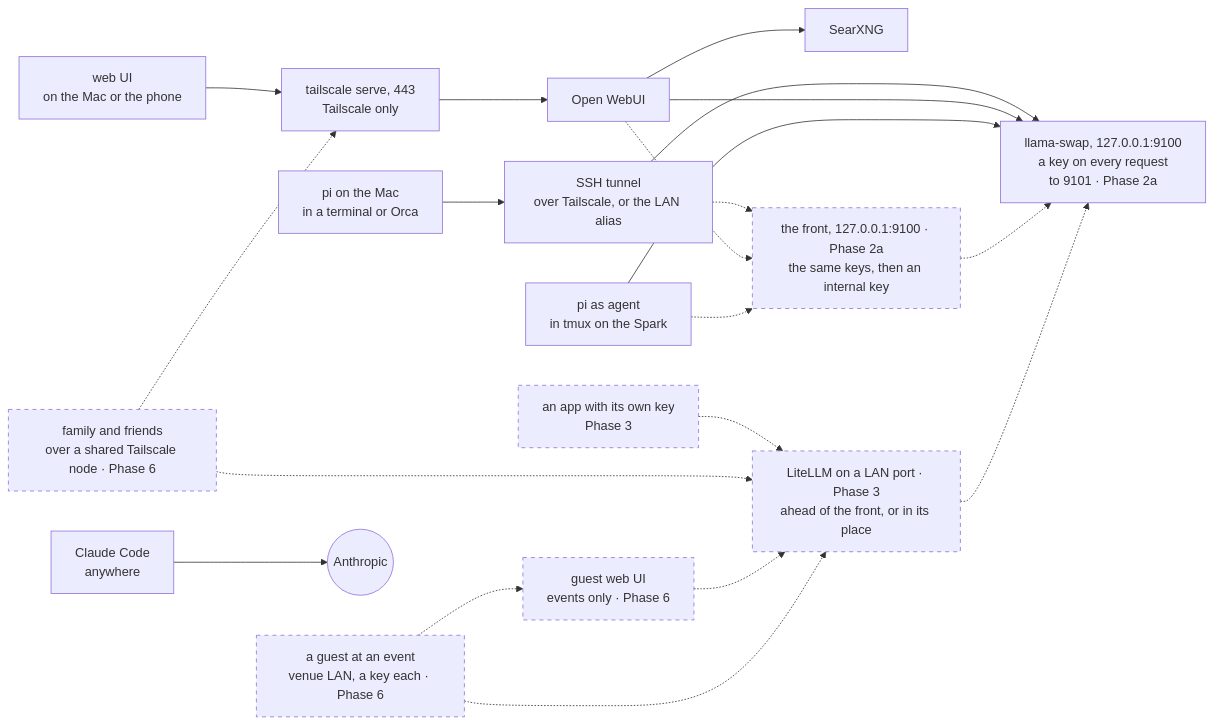
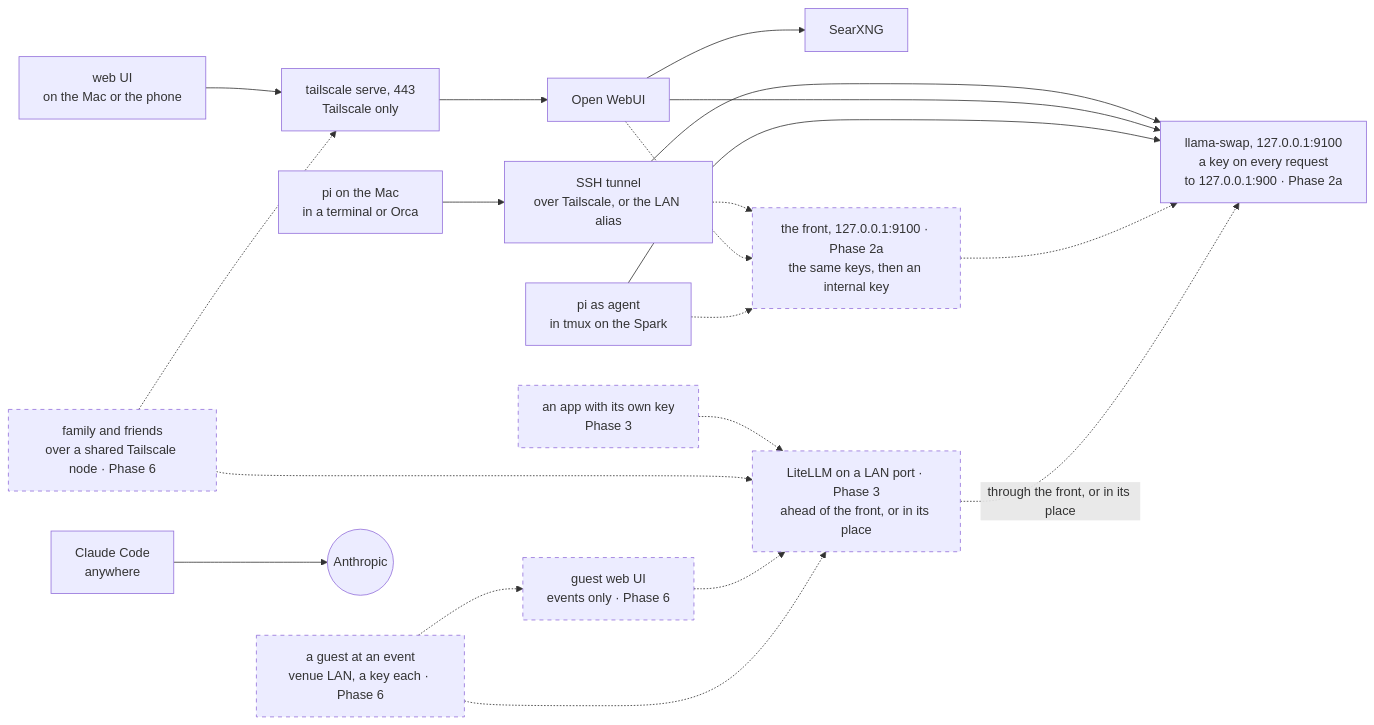
Before and after one commit to chendaniely/local-ai: the second of 4 diagrams in website/architecture.qmd, drawn with Mermaid. The commit also changed other lines of this file and 11 other files, not shown here.

First line of the commit message:
docs(plan): 🤖 revise Phase 2a's design after its council

````diff
--- a/website/architecture.qmd
+++ b/website/architecture.qmd
@@ -117,37 +125,38 @@
 ```{mermaid}
 flowchart LR
   classDef planned stroke-dasharray: 5 5
 
   piT["pi on the Mac<br/>in a terminal or Orca"]
   ui["web UI<br/>on the Mac or the phone"]
   piA["pi as agent<br/>in tmux on the Spark"]
   cc["Claude Code<br/>anywhere"]
   app["an app with its own key<br/>Phase 3"]:::planned
   fam["family and friends<br/>over a shared Tailscale node · Phase 6"]:::planned
   guest["a guest at an event<br/>venue LAN, a key each · Phase 6"]:::planned
 
   tunnel["SSH tunnel<br/>over Tailscale, or the LAN alias"]
   guestui["guest web UI<br/>events only · Phase 6"]:::planned
   serve["tailscale serve, 443<br/>Tailscale only"]
   owui["Open WebUI"]
   searx["SearXNG"]
   front["the front, 127.0.0.1:9100 · Phase 2a<br/>the same keys, then an internal key"]:::planned
-  swap["llama-swap, 127.0.0.1:9100<br/>a key on every request<br/>to 9101 · Phase 2a"]
+  swap["llama-swap, 127.0.0.1:9100<br/>a key on every request<br/>to 127.0.0.1:900 · Phase 2a"]
   litellm["LiteLLM on a LAN port · Phase 3<br/>ahead of the front, or in its place"]:::planned
   anthropic(("Anthropic"))
 
   piT --> tunnel --> swap
   ui --> serve --> owui --> swap
   owui --> searx
   piA --> swap
   cc --> anthropic
   tunnel -.-> front
   owui -.-> front
   piA -.-> front
   front -.-> swap
-  app -.-> litellm -.-> swap
+  app -.-> litellm
+  litellm -. "through the front, or in its place" .-> swap
   fam -.-> serve
   fam -.-> litellm
   guest -.-> guestui -.-> litellm
   guest -.-> litellm
 ```
````
